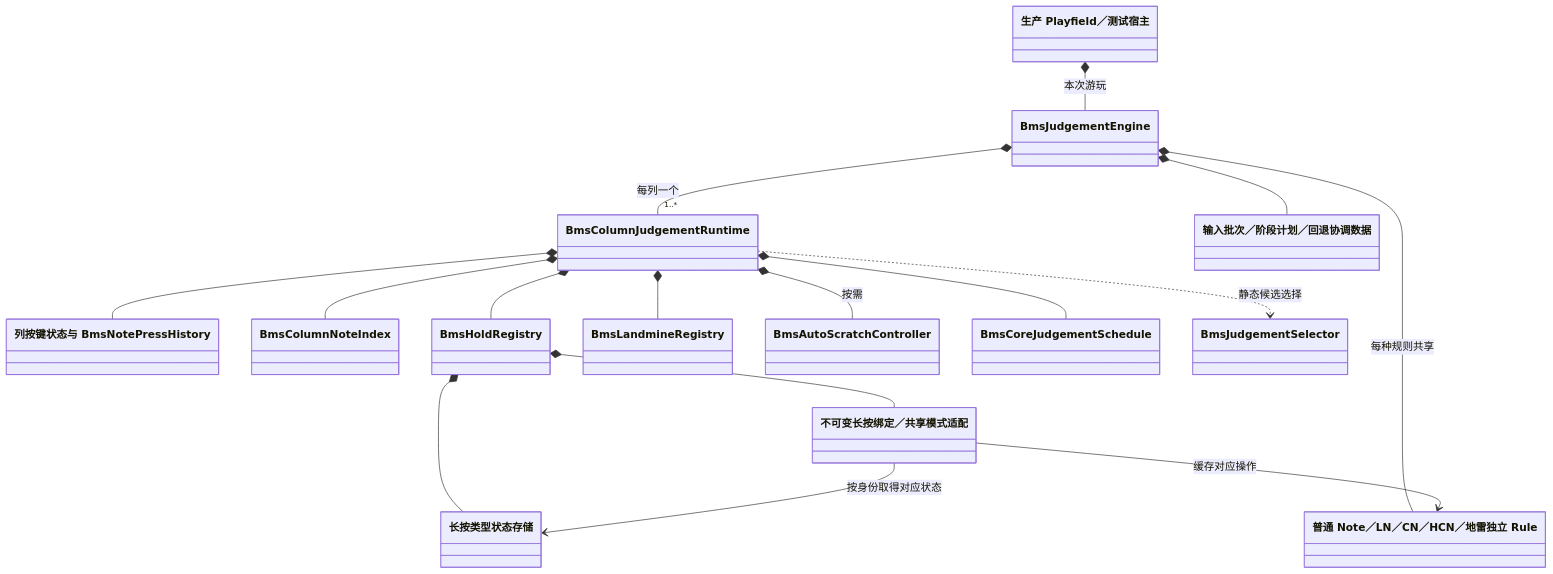
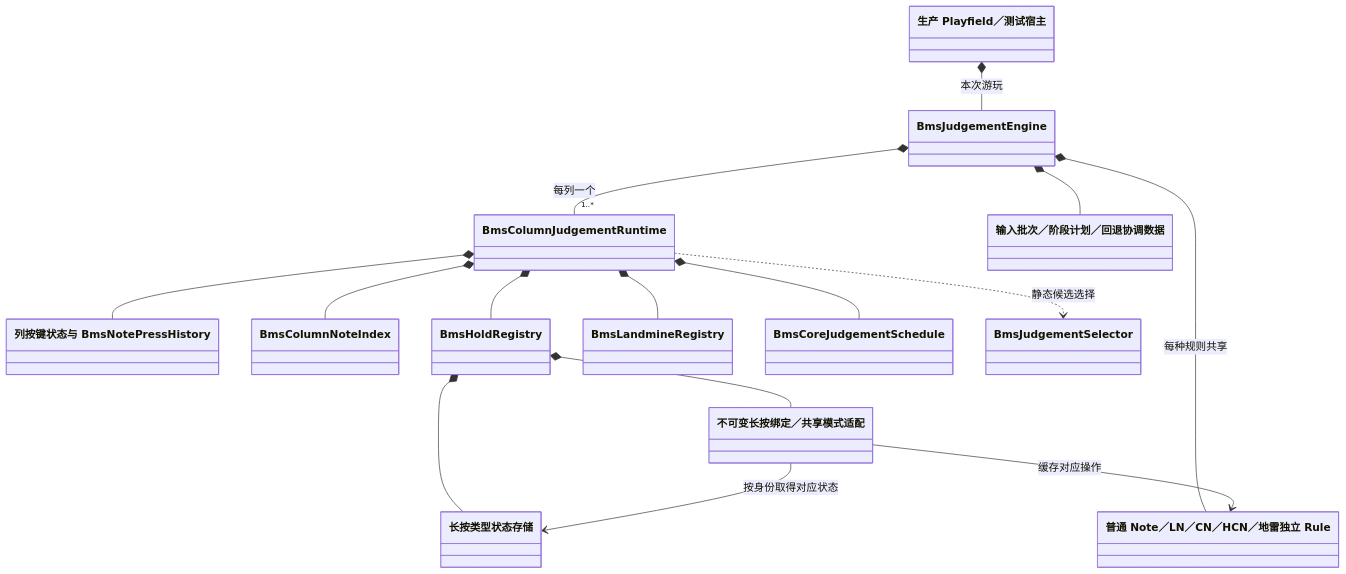
The first of 5 diagrams in docs/hitobject-refactor-plan.zh-CN.md (QingQiz/BmsRuleset), drawn with Mermaid before and after one commit. The commit also changed other lines of this file and 31 other files, not shown here.

````diff
--- a/docs/hitobject-refactor-plan.zh-CN.md
+++ b/docs/hitobject-refactor-plan.zh-CN.md
@@ -184,35 +186,33 @@
 ```mermaid
 classDiagram
     direction TB
 
     class Host["生产 Playfield／测试宿主"]
     class BmsJudgementEngine
     class BmsColumnJudgementRuntime
     class ScheduleData["输入批次／阶段计划／回退协调数据"]
     class SharedRules["普通 Note／LN／CN／HCN／地雷独立 Rule"]
     class ColumnInput["列按键状态与 BmsNotePressHistory"]
     class BmsColumnNoteIndex
     class BmsHoldRegistry
     class BmsLandmineRegistry
-    class BmsAutoScratchController
     class BmsCoreJudgementSchedule
     class RuntimeStore["长按类型状态存储"]
     class OperationBindings["不可变长按绑定／共享模式适配"]
     class BmsJudgementSelector
 
     Host *-- BmsJudgementEngine : 本次游玩
     BmsJudgementEngine *-- "1..*" BmsColumnJudgementRuntime : 每列一个
     BmsJudgementEngine *-- ScheduleData
     BmsJudgementEngine *-- SharedRules : 每种规则共享
     BmsColumnJudgementRuntime *-- ColumnInput
     BmsColumnJudgementRuntime *-- BmsColumnNoteIndex
     BmsColumnJudgementRuntime *-- BmsHoldRegistry
     BmsColumnJudgementRuntime *-- BmsLandmineRegistry
-    BmsColumnJudgementRuntime *-- BmsAutoScratchController : 按需
     BmsColumnJudgementRuntime *-- BmsCoreJudgementSchedule
     BmsHoldRegistry *-- OperationBindings
     BmsHoldRegistry *-- RuntimeStore
     BmsColumnJudgementRuntime ..> BmsJudgementSelector : 静态候选选择
     OperationBindings --> SharedRules : 缓存对应操作
     OperationBindings --> RuntimeStore : 按身份取得对应状态
 ```
````
